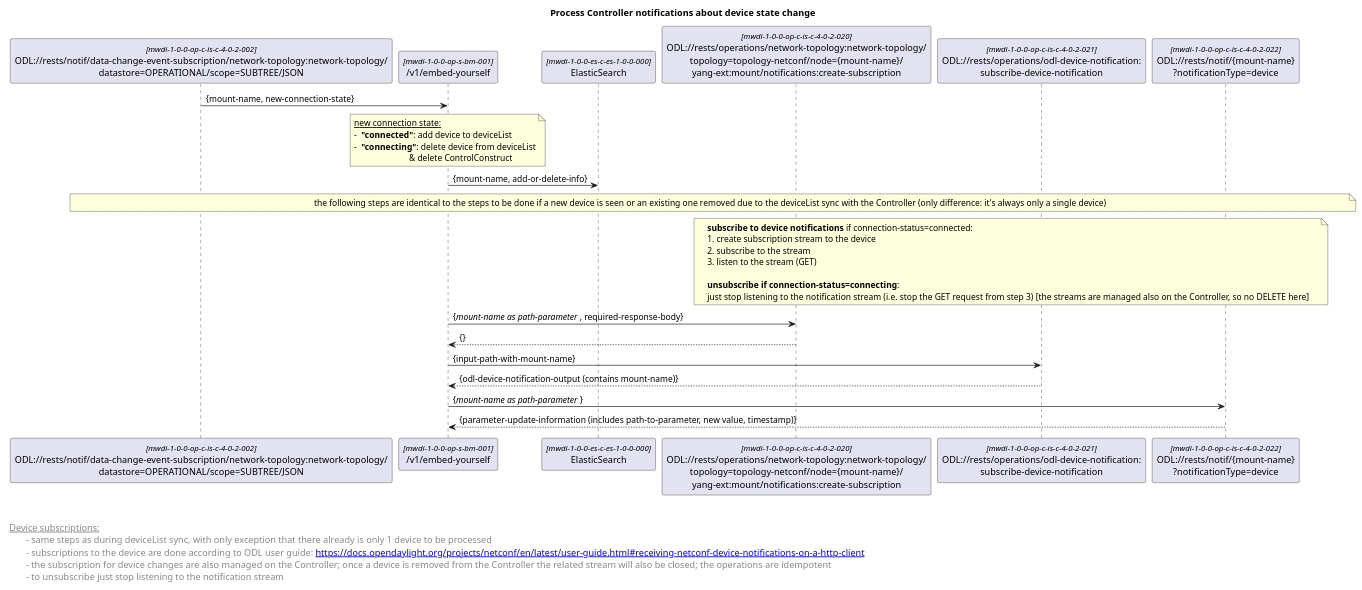
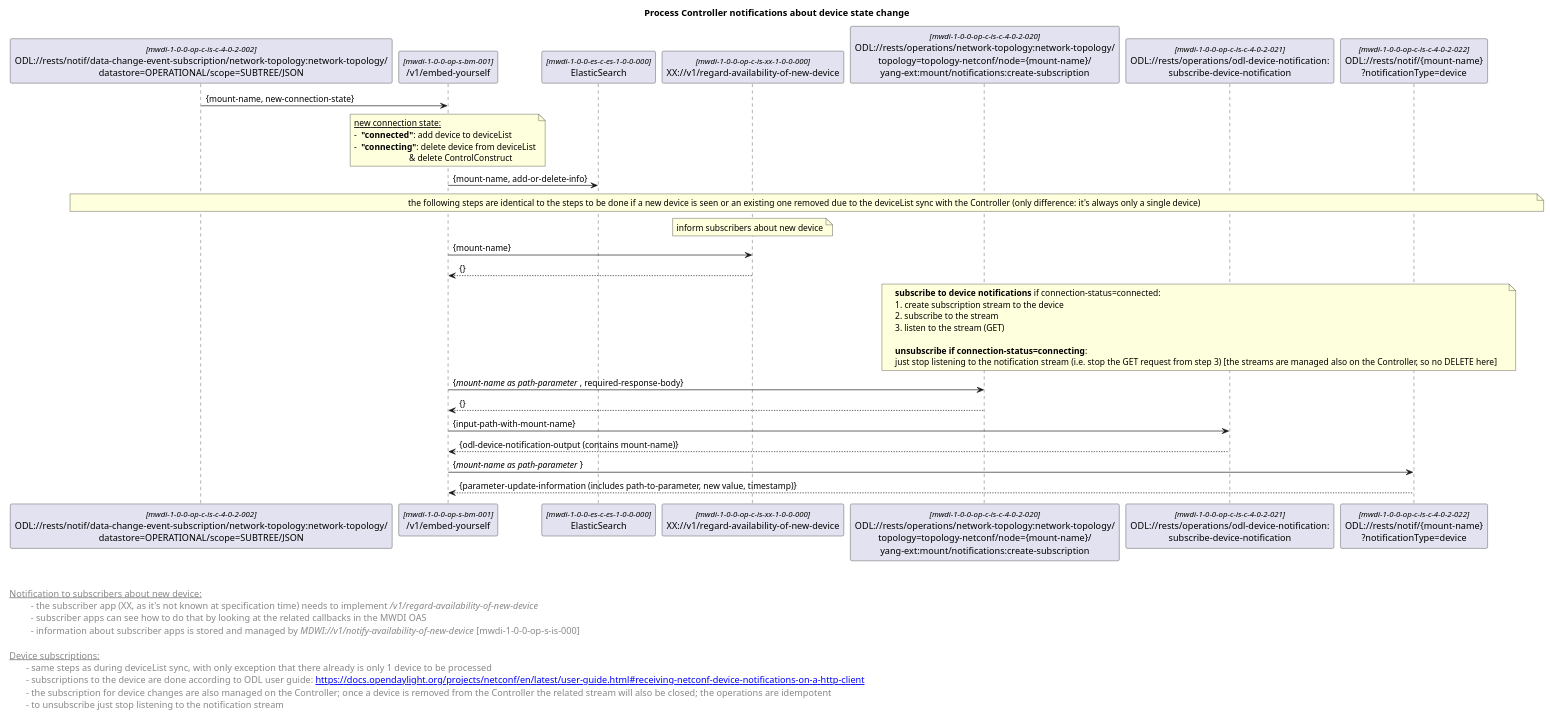
One commit to openBackhaul/MicroWaveDeviceInventory changed the diagram in spec/diagrams/forwardings/done/02x_forwardingProcessControllerNotifications.plantuml. Above: the diagram before and after it, drawn with PlantUML.

Commit message:
add cc retrieval

```diff
--- a/spec/diagrams/forwardings/done/02x_forwardingProcessControllerNotifications.plantuml
+++ b/spec/diagrams/forwardings/done/02x_forwardingProcessControllerNotifications.plantuml
@@ -1,74 +1,85 @@
 @startuml
 skinparam responseMessageBelowArrow true
 skinparam guillemet [ ]
 skinparam participant {
   StereotypeFontSize 12  
 }
 
 title Process Controller notifications about device state change
 
 
 'participants
 participant "ODL://rests/notif/data-change-event-subscription/network-topology:network-topology/\ndatastore=OPERATIONAL/scope=SUBTREE/JSON" as odlNotification <<mwdi-1-0-0-op-c-is-c-4-0-2-002>>
 participant "/v1/embed-yourself" as mwdi <<mwdi-1-0-0-op-s-bm-001>>
 participant "ElasticSearch" as es <<mwdi-1-0-0-es-c-es-1-0-0-000>>
+participant "XX://v1/regard-availability-of-new-device" as notificationToXX <<mwdi-1-0-0-op-c-is-xx-1-0-0-000>>
 participant "ODL://rests/operations/network-topology:network-topology/\ntopology=topology-netconf/node={mount-name}/\nyang-ext:mount/notifications:create-subscription" as odlsubscribe1 <<mwdi-1-0-0-op-c-is-c-4-0-2-020>>
 participant "ODL://rests/operations/odl-device-notification:\nsubscribe-device-notification" as odlsubscribe2 <<mwdi-1-0-0-op-c-is-c-4-0-2-021>>
 participant "ODL://rests/notif/{mount-name}\n?notificationType=device" as odlsubscribe3 <<mwdi-1-0-0-op-c-is-c-4-0-2-022>> 
 
 
 odlNotification -> mwdi: {mount-name, new-connection-state}
 
 note over mwdi
  <u>new connection state:</u>
  - <b> "connected"</b>: add device to deviceList
  - <b> "connecting"</b>: delete device from deviceList
                           & delete ControlConstruct
 end note
 
 mwdi -> es: {mount-name, add-or-delete-info}
 
-
 'for new devices subscribe to device changes
 note across: the following steps are identical to the steps to be done if a new device is seen or an existing one removed due to the deviceList sync with the Controller (only difference: it's always only a single device)
+
+'inform subscribers about new device
+note over notificationToXX: inform subscribers about new device
+mwdi -> notificationToXX: {mount-name}
+notificationToXX --> mwdi: {}
+
 
 'subscription to Controller
 note over odlsubscribe1, odlsubscribe3
 <b>subscribe to device notifications</b> if connection-status=connected:
 1. create subscription stream to the device
 2. subscribe to the stream
 3. listen to the stream (GET)
 
 <b>unsubscribe if connection-status=connecting</b>:
 just stop listening to the notification stream (i.e. stop the GET request from step 3) [the streams are managed also on the Controller, so no DELETE here]
 end note
 
 mwdi -> odlsubscribe1: {<i>mount-name as path-parameter </i>, required-response-body}
 odlsubscribe1 --> mwdi: {}
 
 mwdi -> odlsubscribe2: {input-path-with-mount-name}
 odlsubscribe2 --> mwdi: {odl-device-notification-output (contains mount-name)}
 
 mwdi -> odlsubscribe3: {<i>mount-name as path-parameter </i>}
 odlsubscribe3 --> mwdi: {parameter-update-information (includes path-to-parameter, new value, timestamp)}
 
 
 
 left footer 
 
 
+<u> Notification to subscribers about new device:</u>
+\t  - the subscriber app (XX, as it's not known at specification time) needs to implement <i>/v1/regard-availability-of-new-device</i>
+\t  - subscriber apps can see how to do that by looking at the related callbacks in the MWDI OAS 
+\t  - information about subscriber apps is stored and managed by <i>MDWI://v1/notify-availability-of-new-device</i> [mwdi-1-0-0-op-s-is-000]
+
 <u> Device subscriptions:</u>
 \t- same steps as during deviceList sync, with only exception that there already is only 1 device to be processed
 \t- subscriptions to the device are done according to ODL user guide: [[https://docs.opendaylight.org/projects/netconf/en/latest/user-guide.html#receiving-netconf-device-notifications-on-a-http-client]]
 \t- the subscription for device changes are also managed on the Controller; once a device is removed from the Controller the related stream will also be closed; the operations are idempotent
 \t- to unsubscribe just stop listening to the notification stream
 end footer
 
 <style>
 footer {
   HorizontalAlignment left
   FontSize 14
 }
 </style>
 
 @enduml
```
